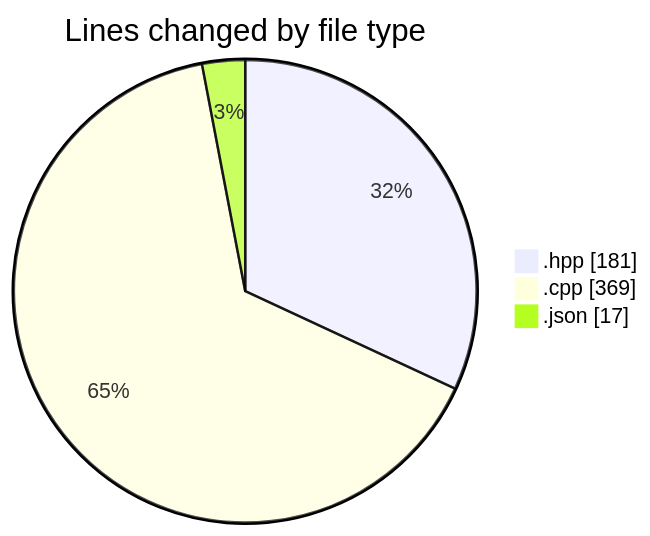
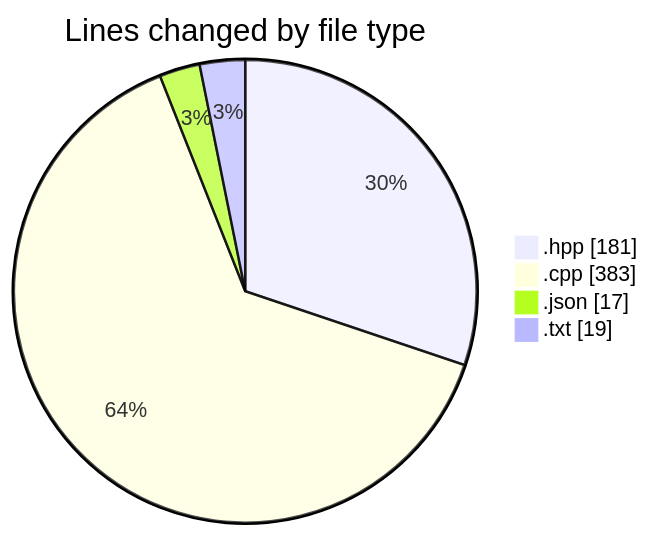
Before and after one commit to Netris89/code-tracking: the first of 2 diagrams in 2025-05-04/date/README.md, drawn with Mermaid. The commit also changed other lines of this file and 1 other file, not shown here.

````diff
--- a/2025-05-04/date/README.md
+++ b/2025-05-04/date/README.md
@@ -28,7 +29,8 @@
 ```mermaid
 pie showData
 title Lines changed by file type
 ".hpp" : 181
-".cpp" : 369
+".cpp" : 383
 ".json" : 17
+".txt" : 19
 ```
````
